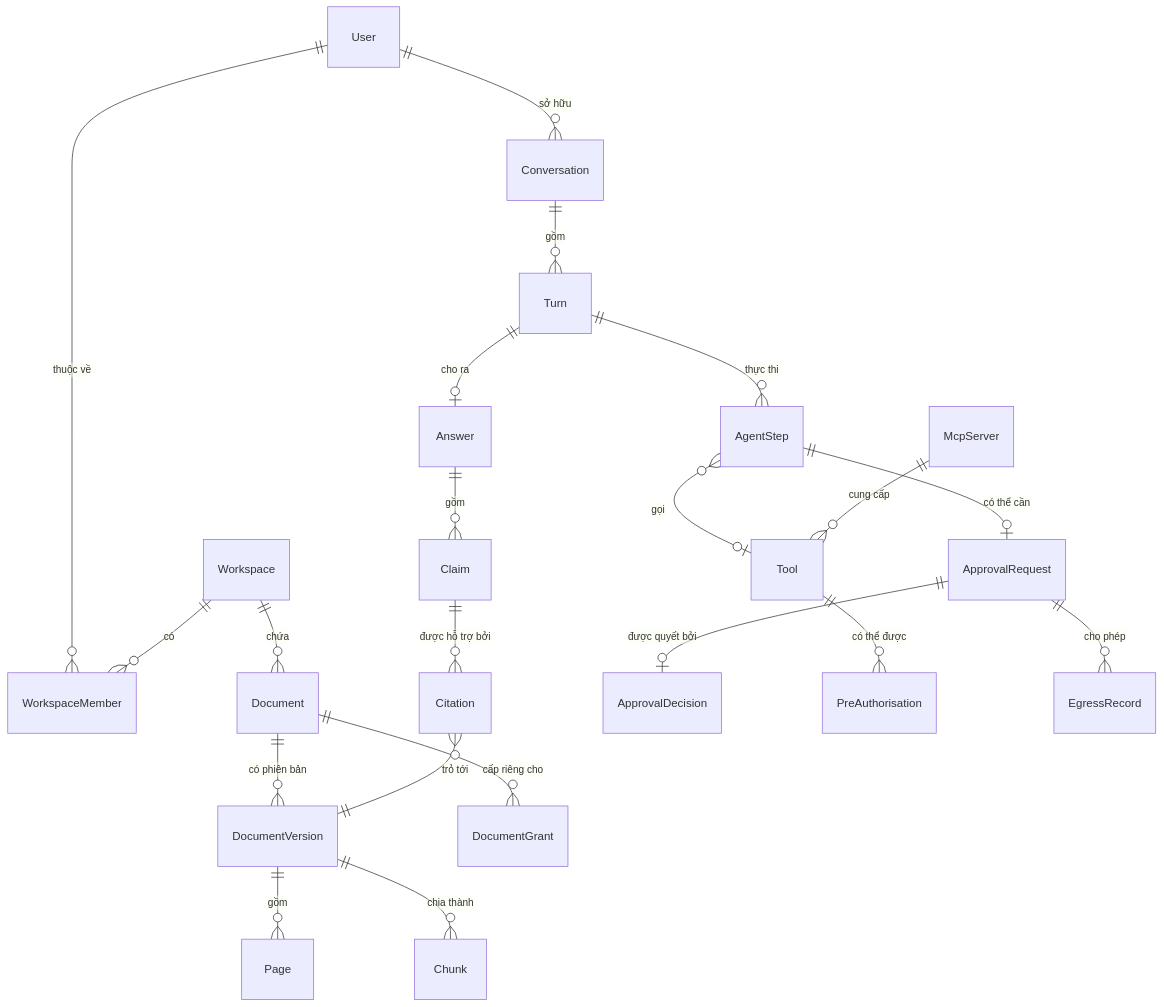
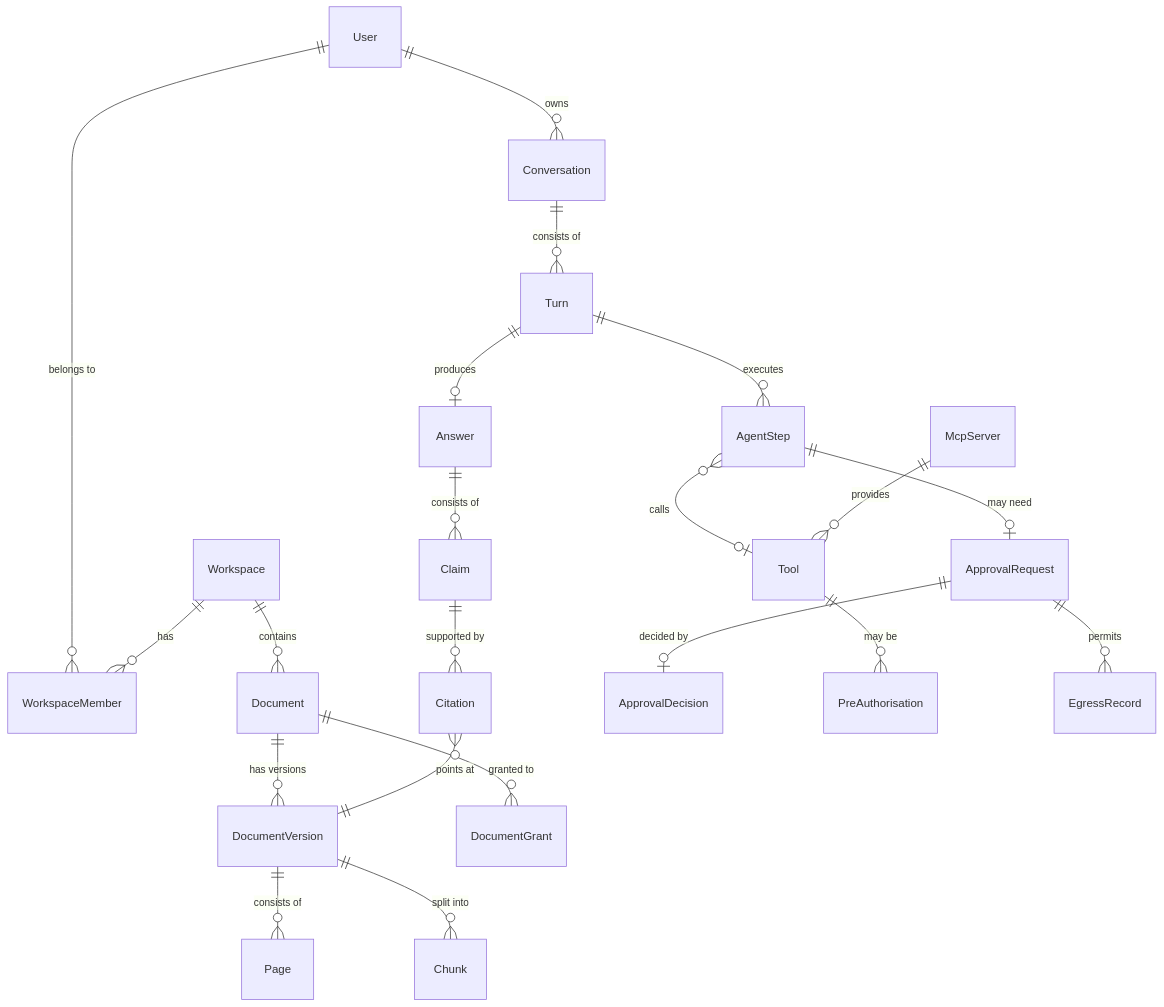
The second of 6 diagrams in docs/design/ei-ai-agentic-knowledge-assistant.md (nguyenchiemhao/Ei-AI), drawn with Mermaid before and after one commit. The commit also changed other lines of this file and 2 other files, not shown here.

````diff
--- a/docs/design/ei-ai-agentic-knowledge-assistant.md
+++ b/docs/design/ei-ai-agentic-knowledge-assistant.md
@@ -492,23 +492,23 @@
 ```mermaid
 erDiagram
-    User ||--o{ WorkspaceMember : "thuộc về"
-    Workspace ||--o{ WorkspaceMember : "có"
-    Workspace ||--o{ Document : "chứa"
-    Document ||--o{ DocumentVersion : "có phiên bản"
-    Document ||--o{ DocumentGrant : "cấp riêng cho"
-    DocumentVersion ||--o{ Page : "gồm"
-    DocumentVersion ||--o{ Chunk : "chia thành"
-    User ||--o{ Conversation : "sở hữu"
-    Conversation ||--o{ Turn : "gồm"
-    Turn ||--o{ AgentStep : "thực thi"
-    Turn ||--o| Answer : "cho ra"
-    Answer ||--o{ Claim : "gồm"
-    Claim ||--o{ Citation : "được hỗ trợ bởi"
-    Citation }o--|| DocumentVersion : "trỏ tới"
-    AgentStep }o--o| Tool : "gọi"
-    AgentStep ||--o| ApprovalRequest : "có thể cần"
-    ApprovalRequest ||--o| ApprovalDecision : "được quyết bởi"
-    Tool ||--o{ PreAuthorisation : "có thể được"
-    McpServer ||--o{ Tool : "cung cấp"
-    ApprovalRequest ||--o{ EgressRecord : "cho phép"
+    User ||--o{ WorkspaceMember : "belongs to"
+    Workspace ||--o{ WorkspaceMember : "has"
+    Workspace ||--o{ Document : "contains"
+    Document ||--o{ DocumentVersion : "has versions"
+    Document ||--o{ DocumentGrant : "granted to"
+    DocumentVersion ||--o{ Page : "consists of"
+    DocumentVersion ||--o{ Chunk : "split into"
+    User ||--o{ Conversation : "owns"
+    Conversation ||--o{ Turn : "consists of"
+    Turn ||--o{ AgentStep : "executes"
+    Turn ||--o| Answer : "produces"
+    Answer ||--o{ Claim : "consists of"
+    Claim ||--o{ Citation : "supported by"
+    Citation }o--|| DocumentVersion : "points at"
+    AgentStep }o--o| Tool : "calls"
+    AgentStep ||--o| ApprovalRequest : "may need"
+    ApprovalRequest ||--o| ApprovalDecision : "decided by"
+    Tool ||--o{ PreAuthorisation : "may be"
+    McpServer ||--o{ Tool : "provides"
+    ApprovalRequest ||--o{ EgressRecord : "permits"
 ```
````
